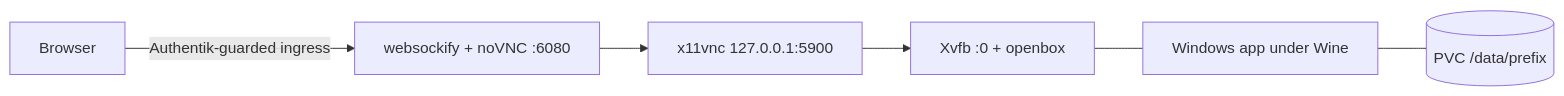
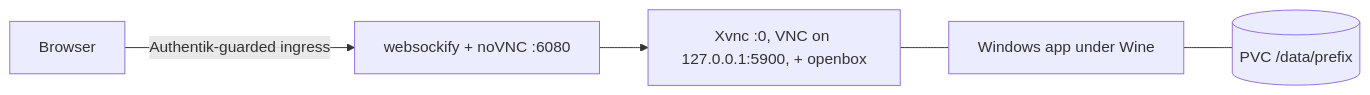
Before and after one commit to ViktorBarzin/infra: the diagram in images/wine-app/README.md, drawn with Mermaid. The commit also changed other lines of this file and 6 other files, not shown here.

First line of the commit message:
wine-app: show the session through TigerVNC Xvnc, noVNC scaling capped at 1:1

````diff
--- a/images/wine-app/README.md
+++ b/images/wine-app/README.md
@@ -13,8 +13,7 @@
 ```mermaid
 flowchart LR
   B[Browser] -->|Authentik-guarded ingress| WS[websockify + noVNC :6080]
-  WS --> VNC[x11vnc 127.0.0.1:5900]
-  VNC --> X[Xvfb :0 + openbox]
+  WS --> X[Xvnc :0, VNC on 127.0.0.1:5900, + openbox]
   X --- APP[Windows app under Wine]
   APP --- P[(PVC /data/prefix)]
 ```
````
